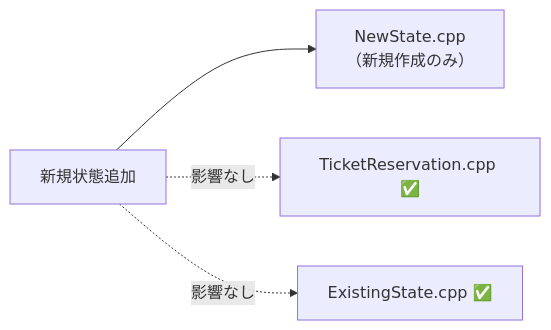
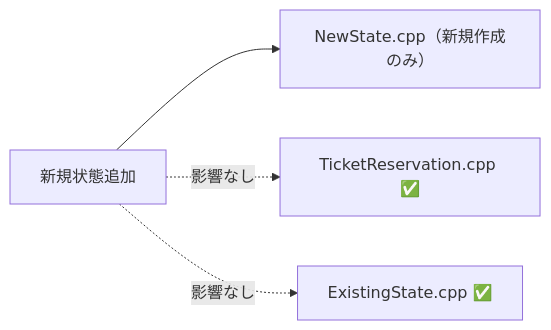
The fourth of 6 diagrams in kindle/design-patterns/output/chapter03.md (kumachan1101-pixel/DesignPattern), drawn with Mermaid before and after one commit. The commit also changed other lines of this file and 10 other files, not shown here.

````diff
--- a/kindle/design-patterns/output/chapter03.md
+++ b/kindle/design-patterns/output/chapter03.md
@@ -1307,7 +918,6 @@
 ```mermaid
 graph LR
-    T1["新規状態追加"] --> F1["NewState.cpp<br>（新規作成のみ）"]
+    T1["新規状態追加"] --> F1["NewState.cpp（新規作成のみ）"]
     T1 -. "影響なし" .-> A["TicketReservation.cpp ✅"]
     T1 -. "影響なし" .-> B["ExistingState.cpp ✅"]
-
 ```
````
